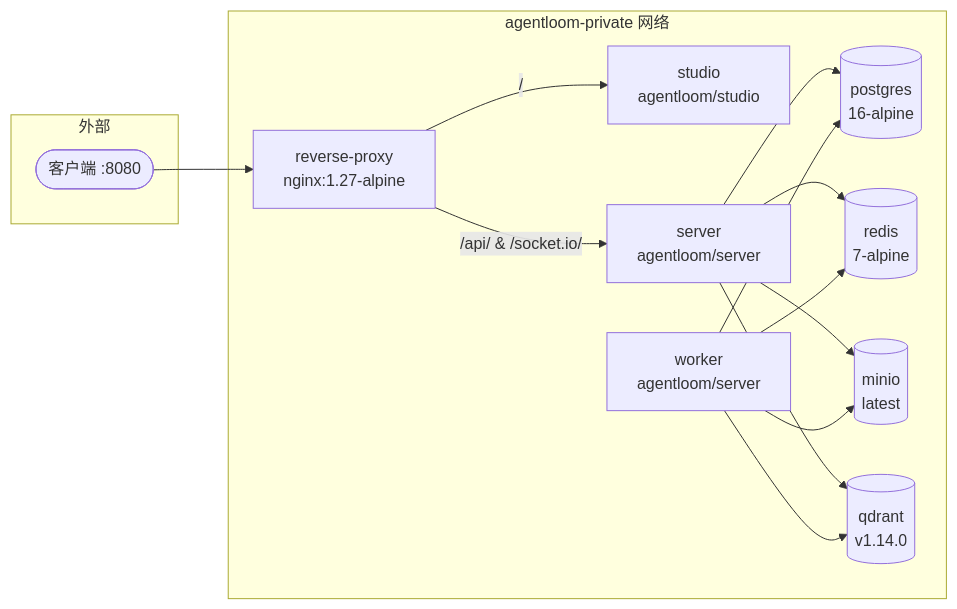
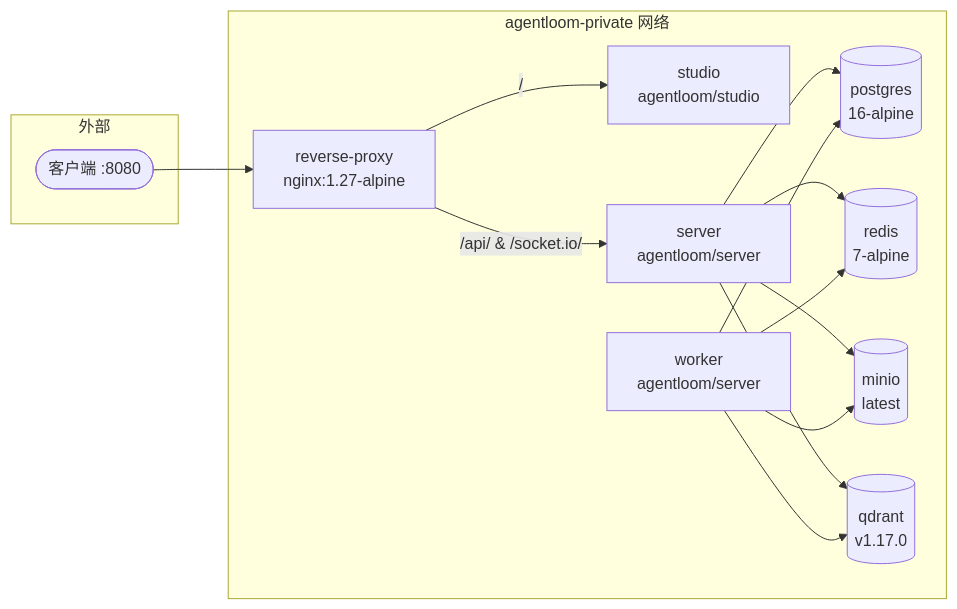
One commit to Lynricsy/AgentLoom changed the diagram in agentloom-docs/zh/deployment/docker.md. Above: the diagram before and after it, drawn with Mermaid. The commit also changed other lines of this file and 11 other files, not shown here.

````diff
--- a/agentloom-docs/zh/deployment/docker.md
+++ b/agentloom-docs/zh/deployment/docker.md
@@ -38,29 +38,29 @@
 ```mermaid
 graph LR
     subgraph 外部
         C([客户端 :8080])
     end
 
     subgraph agentloom-private 网络
         NX[reverse-proxy<br/>nginx:1.27-alpine]
         ST[studio<br/>agentloom/studio]
         SV[server<br/>agentloom/server]
         WK[worker<br/>agentloom/server]
         PG[(postgres<br/>16-alpine)]
         RD[(redis<br/>7-alpine)]
         MN[(minio<br/>latest)]
-        QD[(qdrant<br/>v1.14.0)]
+        QD[(qdrant<br/>v1.17.0)]
     end
 
     C --> NX
     NX -->|"/"| ST
     NX -->|"/api/ & /socket.io/"| SV
     SV --> PG
     SV --> RD
     SV --> MN
     SV --> QD
     WK --> PG
     WK --> RD
     WK --> MN
     WK --> QD
 ```
````
